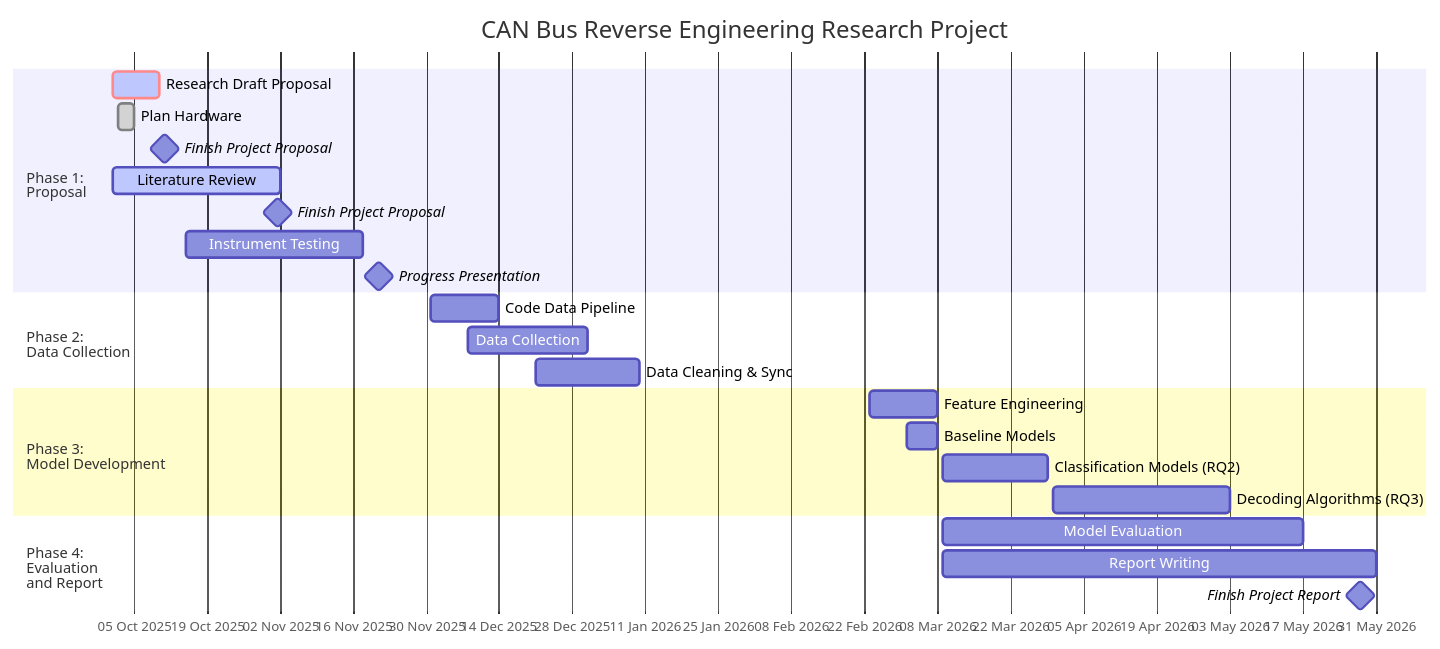
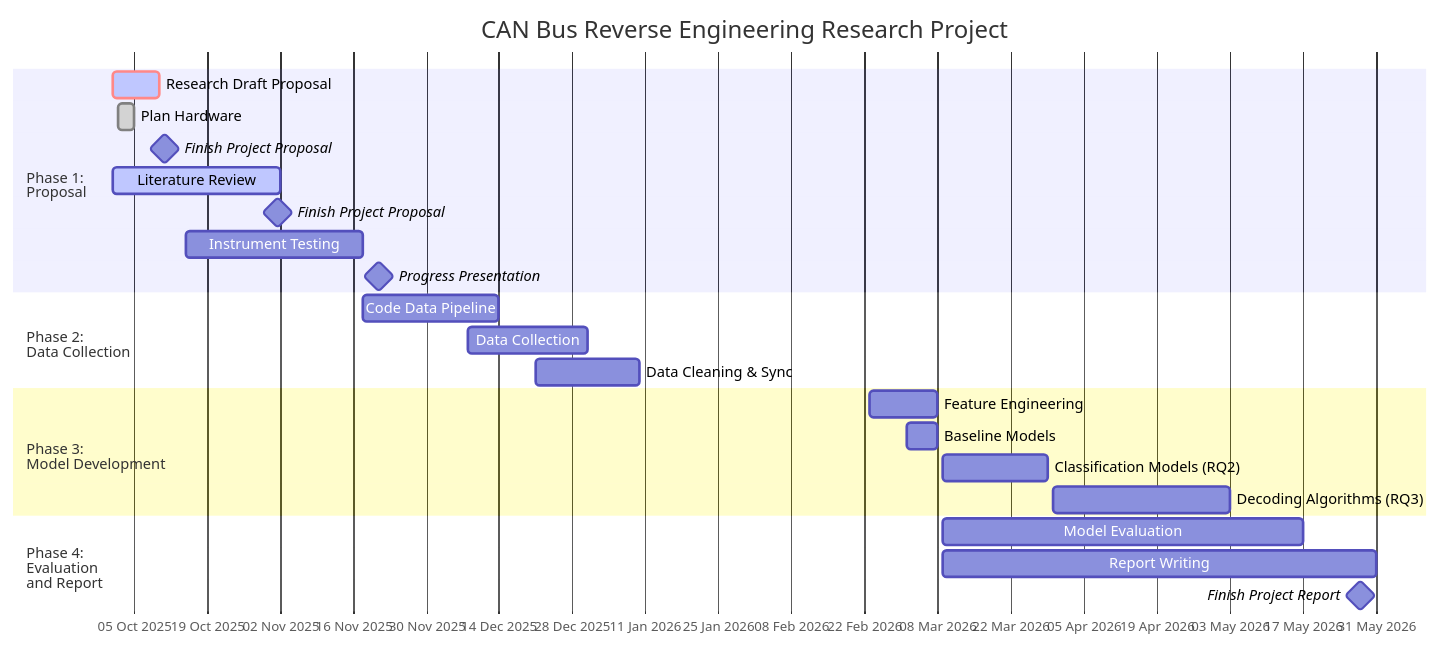
Before and after one commit to CraigAA/CAN_Reverse_Engineering_Project: the diagram in README.md, drawn with Mermaid.

````diff
--- a/README.md
+++ b/README.md
@@ -20,31 +20,31 @@
 ```mermaid
 gantt
     title CAN Bus Reverse Engineering Research Project
     dateFormat  YYYY-MM-DD
     axisFormat  %d %b %Y
     tickInterval 2week
     section Phase 1:<br>Proposal
     Research Draft Proposal     :crit, active, rp, 2025-10-01, 2025-10-10
     Plan Hardware               :done, oh, 2025-10-02, 2025-10-05
     Finish Project Proposal     :milestone, frp, 2025-10-10, 2025-10-12
     Literature Review           :active, lr, 2025-10-01, 2025-11-02
     Finish Project Proposal     :milestone, frp, 2025-11-01, 2025-11-02
     Instrument Testing          :it, 2025-10-15, 2025-11-18
     Progress Presentation       :milestone, pp, 2025-11-19, 2025-11-23
 
     section Phase 2:<br>Data Collection
-    Code Data Pipeline          :dp, 2025-12-01, 2025-12-14
+    Code Data Pipeline          :dp, 2025-11-18, 2025-12-14
     Data Collection             :dc, 2025-12-08, 2025-12-31
     Data Cleaning & Sync        :dc, 2025-12-21, 2026-01-10
 
     section Phase 3:<br>Model Development
     Feature Engineering         :fe, 2026-02-23, 2026-03-08
     Baseline Models             :bm, 2026-03-02, 2026-03-08
     Classification Models (RQ2) :cm, 2026-03-09, 2026-03-29
     Decoding Algorithms (RQ3)   :da, 2026-03-30, 2026-05-03
 
     section Phase 4:<br>Evaluation<br>and Report
     Model Evaluation            :ce, 2026-03-09, 2026-05-17
     Report Writing              :wr, 2026-03-09, 2026-05-31
     Finish Project Report       :milestone, fta, 2026-05-25, 2026-05-31
 ```
````
